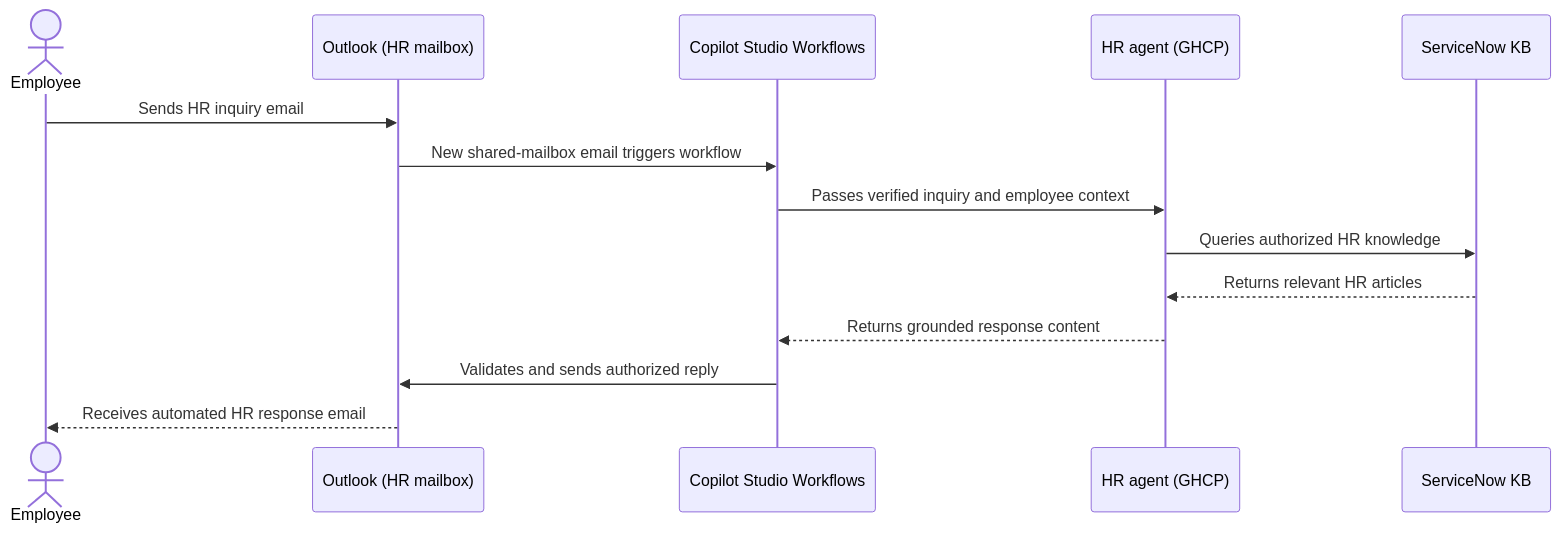
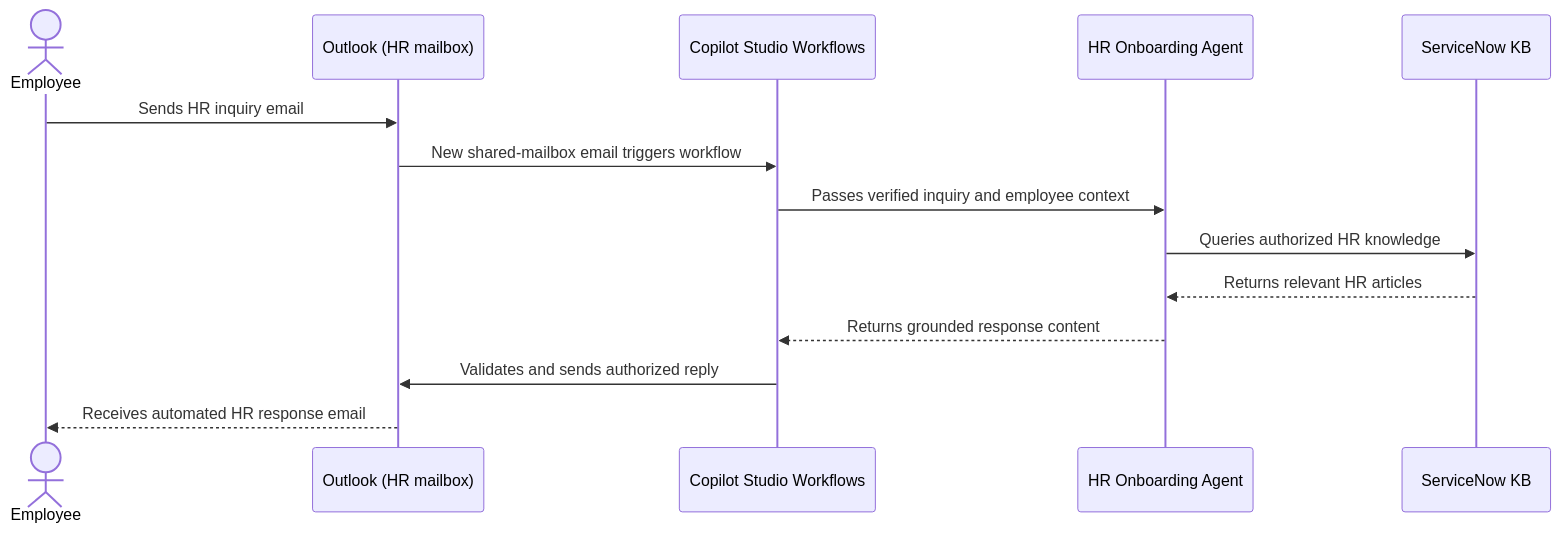
One commit to petepuu/ai-agent-runbooks changed the third of 3 diagrams in 01-scenarios/HR-Onboarding-Agent-GHCP/2.Architecture.md. Above: the diagram before and after it, drawn with Mermaid. The commit also changed other lines of this file and 6 other files, not shown here.

First line of the commit message:
Standardize HR Onboarding Agent display name

````diff
--- a/01-scenarios/HR-Onboarding-Agent-GHCP/2.Architecture.md
+++ b/01-scenarios/HR-Onboarding-Agent-GHCP/2.Architecture.md
@@ -133,16 +133,16 @@
 ```mermaid
 sequenceDiagram
     actor Employee
     participant Mail as Outlook (HR mailbox)
     participant Flow as Copilot Studio Workflows
-    participant Agent as HR agent (GHCP)
+    participant Agent as HR Onboarding Agent
     participant KB as ServiceNow KB
     Employee->>Mail: Sends HR inquiry email
     Mail->>Flow: New shared-mailbox email triggers workflow
     Flow->>Agent: Passes verified inquiry and employee context
     Agent->>KB: Queries authorized HR knowledge
     KB-->>Agent: Returns relevant HR articles
     Agent-->>Flow: Returns grounded response content
     Flow->>Mail: Validates and sends authorized reply
     Mail-->>Employee: Receives automated HR response email
 ```
````
